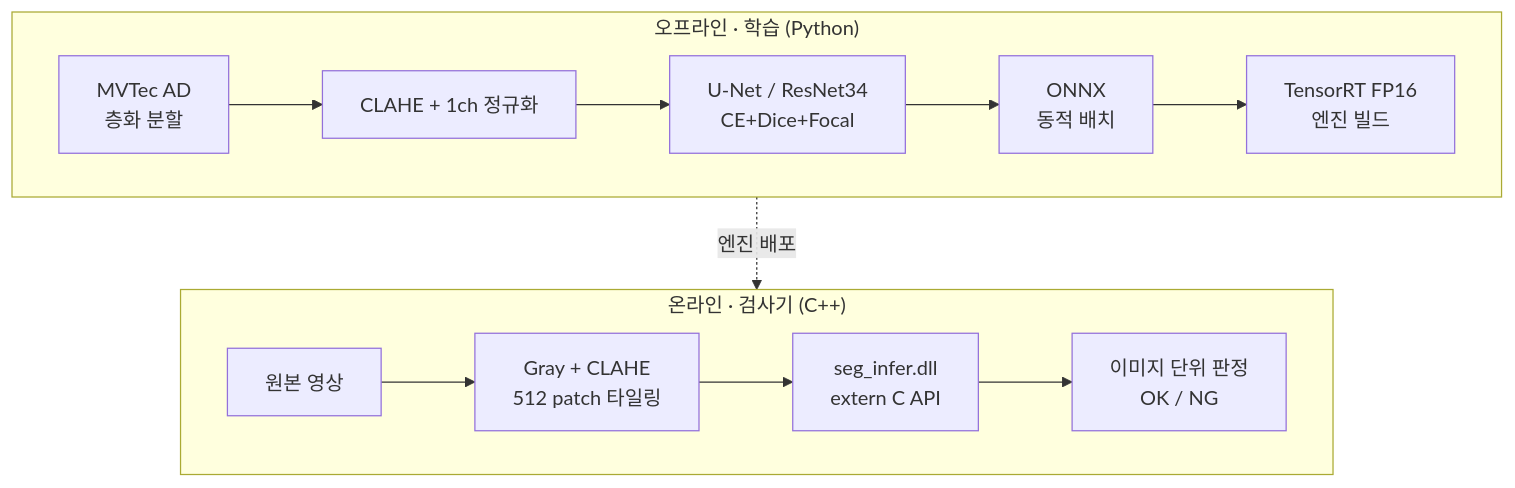
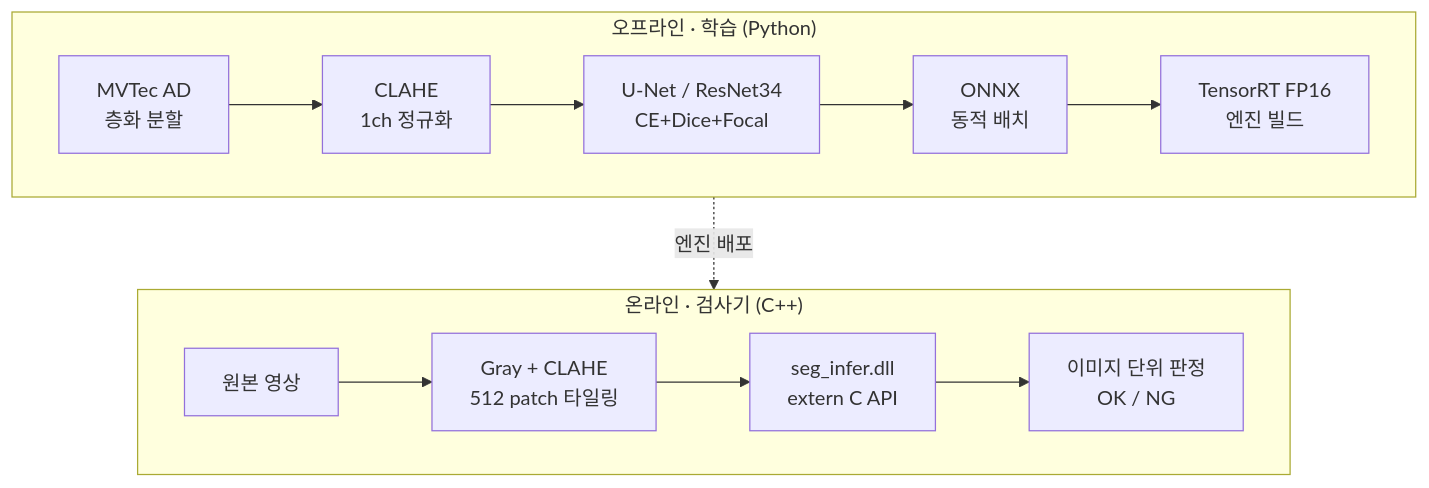
One commit to sangyun-oh-dev/defect-seg-trt changed the diagram in README.md. Above: the diagram before and after it, drawn with Mermaid.

Commit message:
README: diagram label wrap

````diff
--- a/README.md
+++ b/README.md
@@ -29,17 +29,17 @@
 ```mermaid
 flowchart TB
   subgraph Offline["오프라인 · 학습 (Python)"]
     direction LR
-    A[MVTec AD<br/>층화 분할] --> B[CLAHE + 1ch 정규화]
+    A[MVTec AD<br/>층화 분할] --> B[CLAHE<br/>1ch 정규화]
     B --> C[U-Net / ResNet34<br/>CE+Dice+Focal]
     C --> D[ONNX<br/>동적 배치]
     D --> E[TensorRT FP16<br/>엔진 빌드]
   end
   subgraph Online["온라인 · 검사기 (C++)"]
     direction LR
     F[원본 영상] --> G[Gray + CLAHE<br/>512 patch 타일링]
     G --> H["seg_infer.dll<br/>extern C API"]
     H --> I[이미지 단위 판정<br/>OK / NG]
   end
   Offline -. 엔진 배포 .-> Online
 ```
````
